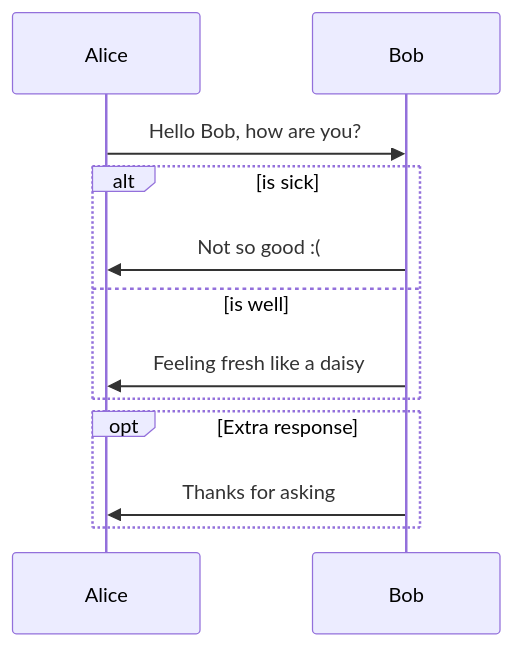
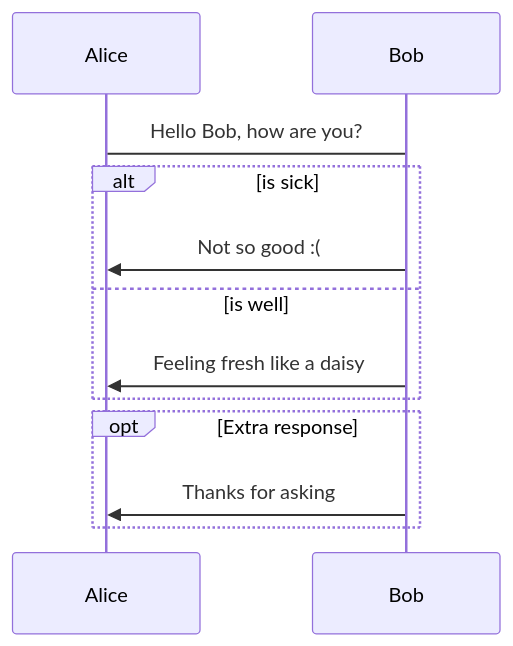
Before and after one commit to zavpav/TestMermaid: the second of 3 diagrams in README.md, drawn with Mermaid.

````diff
--- a/README.md
+++ b/README.md
@@ -12,12 +12,12 @@
 ```mermaid
 sequenceDiagram
-    Alice->>Bob: Hello Bob, how are you?
+    Alice->Bob: Hello Bob, how are you?
     alt is sick
         Bob->>Alice: Not so good :(
     else is well
         Bob->>Alice: Feeling fresh like a daisy
     end
     opt Extra response
         Bob->>Alice: Thanks for asking
     end
 ```
````
